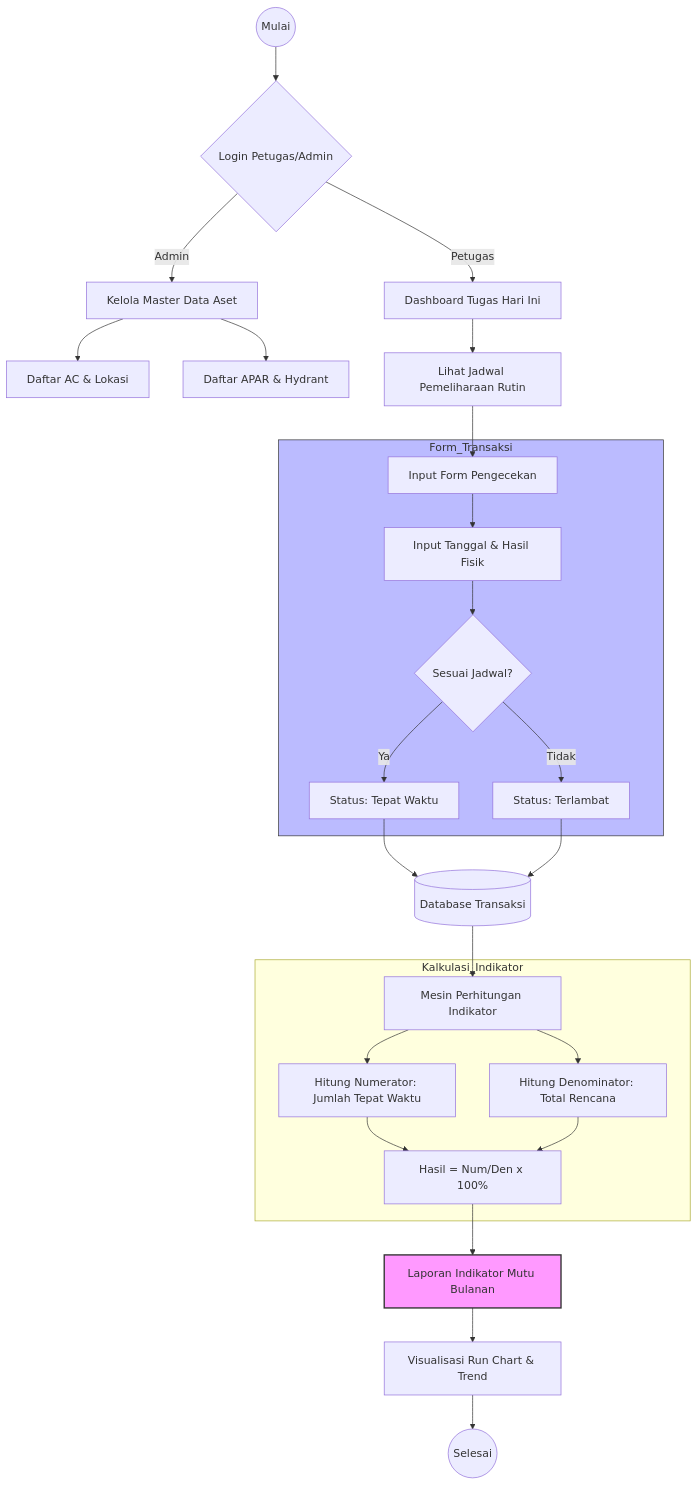
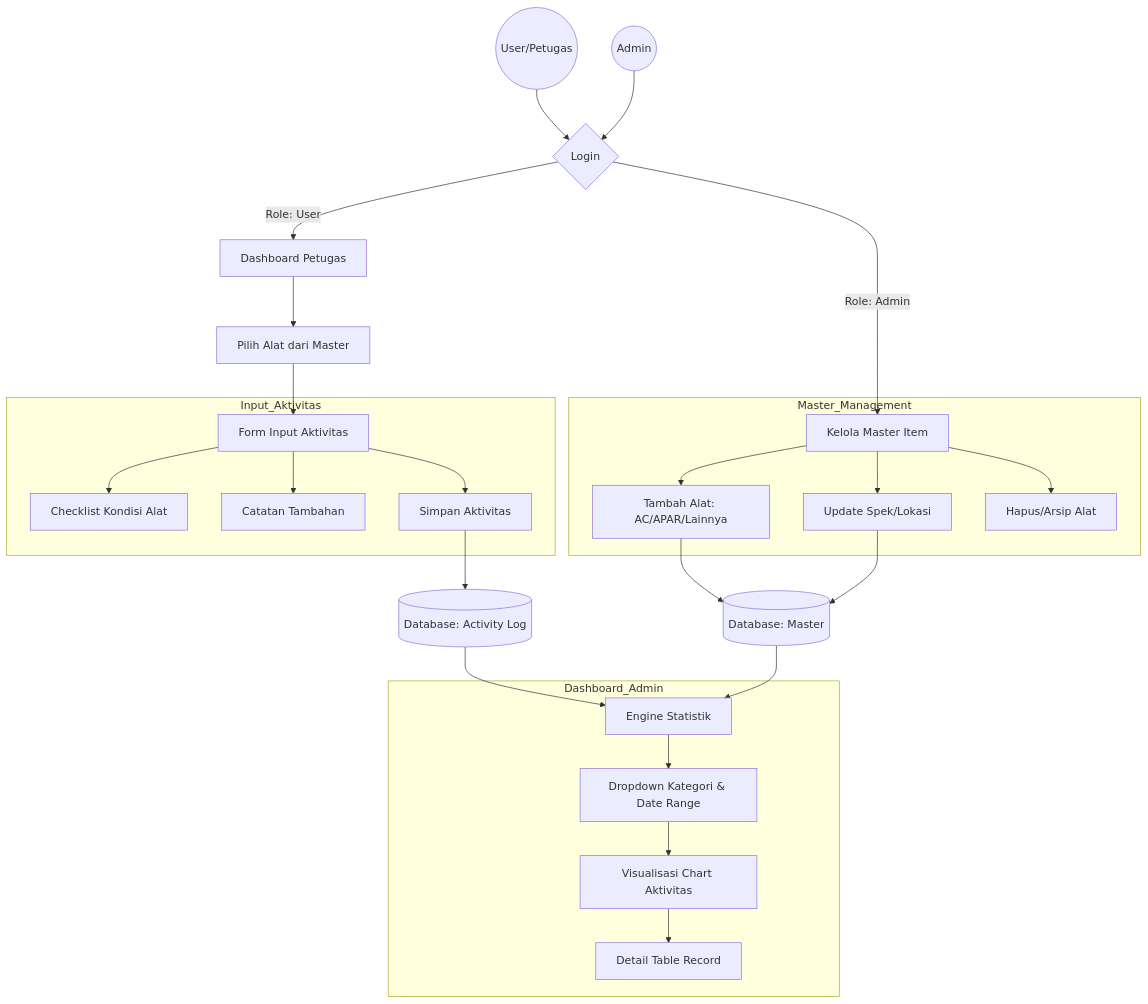
The diagram in mermaid-flowchart.md (ctrl-rizqi/indikasi-mutu), drawn with Mermaid before and after one commit. The commit also changed 30 other files, not shown here.

````diff
--- a/mermaid-flowchart.md
+++ b/mermaid-flowchart.md
@@ -3,45 +3,40 @@
 ```mermaid
 
 graph TD
-    %% Entitas dan Awal Proses
-    Start((Mulai)) --> Auth{Login Petugas/Admin}
+    %% Entitas
+    User((User/Petugas)) --> Auth{Login}
+    Admin((Admin)) --> Auth
 
-    %% Input dan Master Data
-    Auth -- Admin --> MasterData[Kelola Master Data Aset]
-    MasterData --> AsetAC[Daftar AC & Lokasi]
-    MasterData --> AsetAPAR[Daftar APAR & Hydrant]
-
-    Auth -- Petugas --> Dashboard[Dashboard Tugas Hari Ini]
-    Dashboard --> Penjadwalan[Lihat Jadwal Pemeliharaan Rutin]
-
-    %% Proses Pelaporan (Form Transaksi)
-    Penjadwalan --> FormInput[Input Form Pengecekan]
-    subgraph Form_Transaksi
-        FormInput --> IsiData[Input Tanggal & Hasil Fisik]
-        IsiData --> Ketepatan{Sesuai Jadwal?}
-        Ketepatan -- Ya --> LogSesuai[Status: Tepat Waktu]
-        Ketepatan -- Tidak --> LogTelat[Status: Terlambat]
+    %% Alur Admin
+    Auth -- Role: Admin --> MasterCRUD[Kelola Master Item]
+    subgraph Master_Management
+        MasterCRUD --> CreateItem[Tambah Alat: AC/APAR/Lainnya]
+        MasterCRUD --> EditItem[Update Spek/Lokasi]
+        MasterCRUD --> DeleteItem[Hapus/Arsip Alat]
     end
 
-    %% Pengolahan Data (Logika Backend)
-    LogSesuai --> DB[(Database Transaksi)]
-    LogTelat --> DB
+    %% Alur User
+    Auth -- Role: User --> UserDash[Dashboard Petugas]
+    UserDash --> SelectMaster[Pilih Alat dari Master]
+    SelectMaster --> ActivityInput[Form Input Aktivitas]
 
-    %% Pelaporan Otomatis
-    DB --> Engine[Mesin Perhitungan Indikator]
-    subgraph Kalkulasi_Indikator
-        Engine --> Num[Hitung Numerator: Jumlah Tepat Waktu]
-        Engine --> Den[Hitung Denominator: Total Rencana]
-        Num & Den --> Persen[Hasil = Num/Den x 100%]
+    subgraph Input_Aktivitas
+        ActivityInput --> Checklist[Checklist Kondisi Alat]
+        ActivityInput --> Note[Catatan Tambahan]
+        ActivityInput --> Submit[Simpan Aktivitas]
     end
 
-    %% Output (Reporting)
-    Persen --> Rep[Laporan Indikator Mutu Bulanan]
-    Rep --> Visual[Visualisasi Run Chart & Trend]
-    Visual --> End((Selesai))
+    %% Penyimpanan
+    Submit --> DB[(Database: Activity Log)]
+    CreateItem & EditItem --> MDB[(Database: Master)]
 
-    %% Penyesuaian dengan Kebijakan Dokumen
-    style Rep fill:#f9f,stroke:#333,stroke-width:2px
-    style Form_Transaksi fill:#bbf,stroke:#333,stroke-width:1px
+    %% Alur Dashboard Statistik
+    DB & MDB --> StatEngine[Engine Statistik]
+
+    subgraph Dashboard_Admin
+        StatEngine --> Filters[Dropdown Kategori & Date Range]
+        Filters --> Charts[Visualisasi Chart Aktivitas]
+        Charts --> TableView[Detail Table Record]
+    end
 
 ```
````
